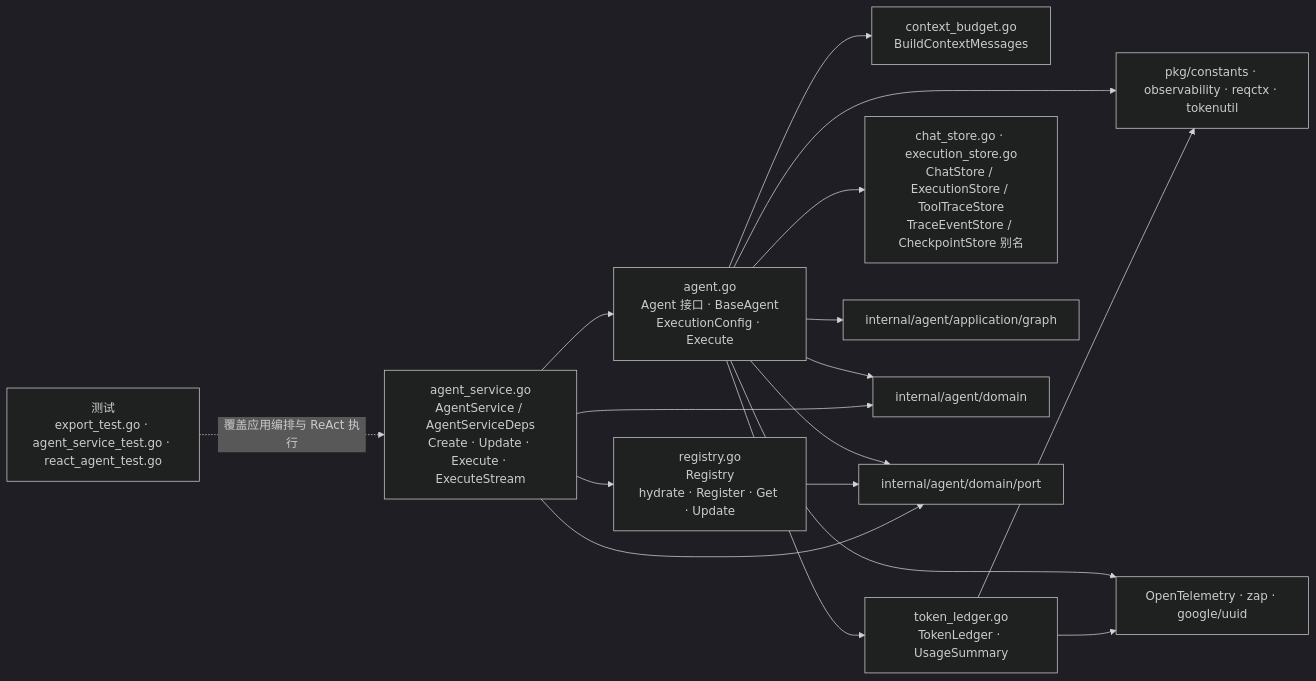
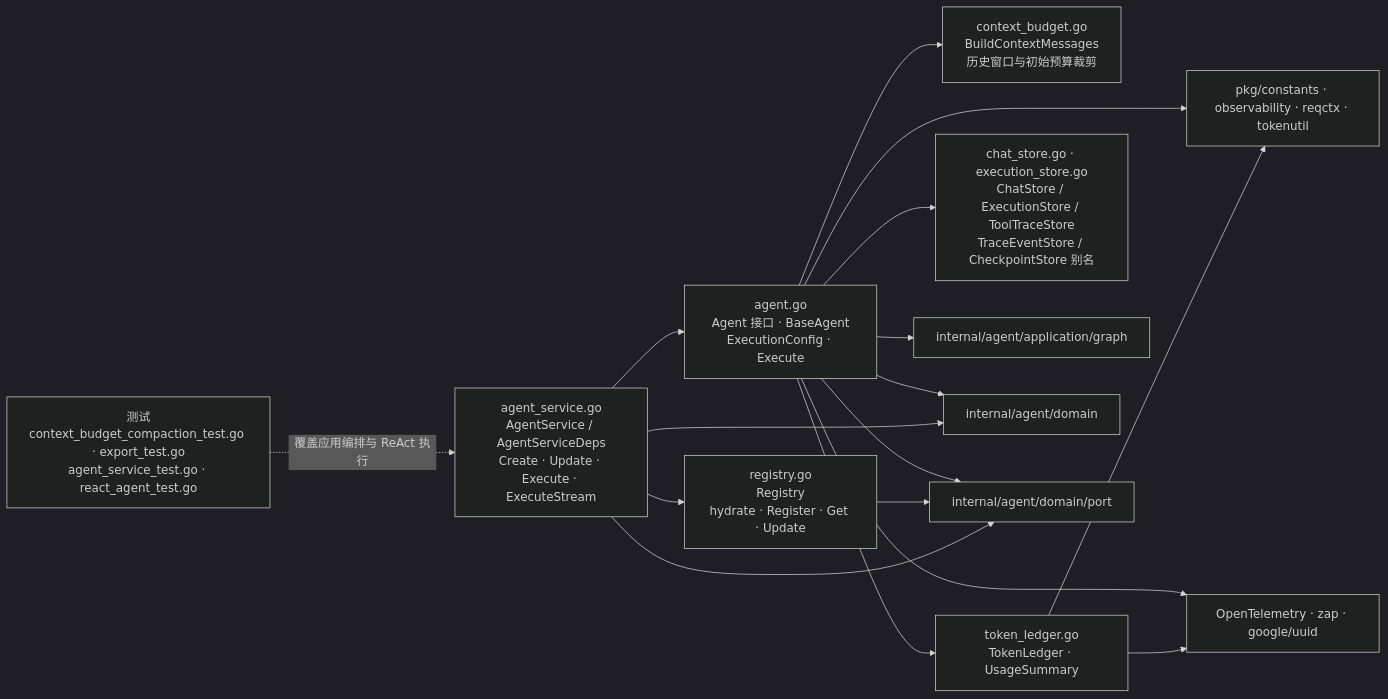
The diagram in docs/go-package-architecture/internal-agent-application.md (ArchChuan/Stratum), drawn with Mermaid (dark theme) before and after one commit. The commit also changed other lines of this file and 26 other files, not shown here.

````diff
--- a/docs/go-package-architecture/internal-agent-application.md
+++ b/docs/go-package-architecture/internal-agent-application.md
@@ -7,31 +7,31 @@
 ```mermaid
 flowchart LR
   svc["agent_service.go<br/>AgentService / AgentServiceDeps<br/>Create · Update · Execute · ExecuteStream"]
   runtime["agent.go<br/>Agent 接口 · BaseAgent<br/>ExecutionConfig · Execute"]
   registry["registry.go<br/>Registry<br/>hydrate · Register · Get · Update"]
-  budget["context_budget.go<br/>BuildContextMessages"]
+  budget["context_budget.go<br/>BuildContextMessages<br/>历史窗口与初始预算裁剪"]
   ledger["token_ledger.go<br/>TokenLedger · UsageSummary"]
   stores["chat_store.go · execution_store.go<br/>ChatStore / ExecutionStore / ToolTraceStore<br/>TraceEventStore / CheckpointStore 别名"]
   graphPkg["internal/agent/application/graph"]
   domain["internal/agent/domain"]
   ports["internal/agent/domain/port"]
   pkg["pkg/constants · observability · reqctx · tokenutil"]
   ext["OpenTelemetry · zap · google/uuid"]
-  tests["测试<br/>export_test.go · agent_service_test.go · react_agent_test.go"]
+  tests["测试<br/>context_budget_compaction_test.go · export_test.go<br/>agent_service_test.go · react_agent_test.go"]
   svc --> registry
   svc --> runtime
   runtime --> graphPkg
   runtime --> budget
   runtime --> ledger
   runtime --> stores
   svc --> ports
   registry --> ports
   runtime --> ports
   svc --> domain
   runtime --> domain
   ledger --> pkg
   runtime --> pkg
   ledger --> ext
   runtime --> ext
   tests -.覆盖应用编排与 ReAct 执行.-> svc
 ```
````
